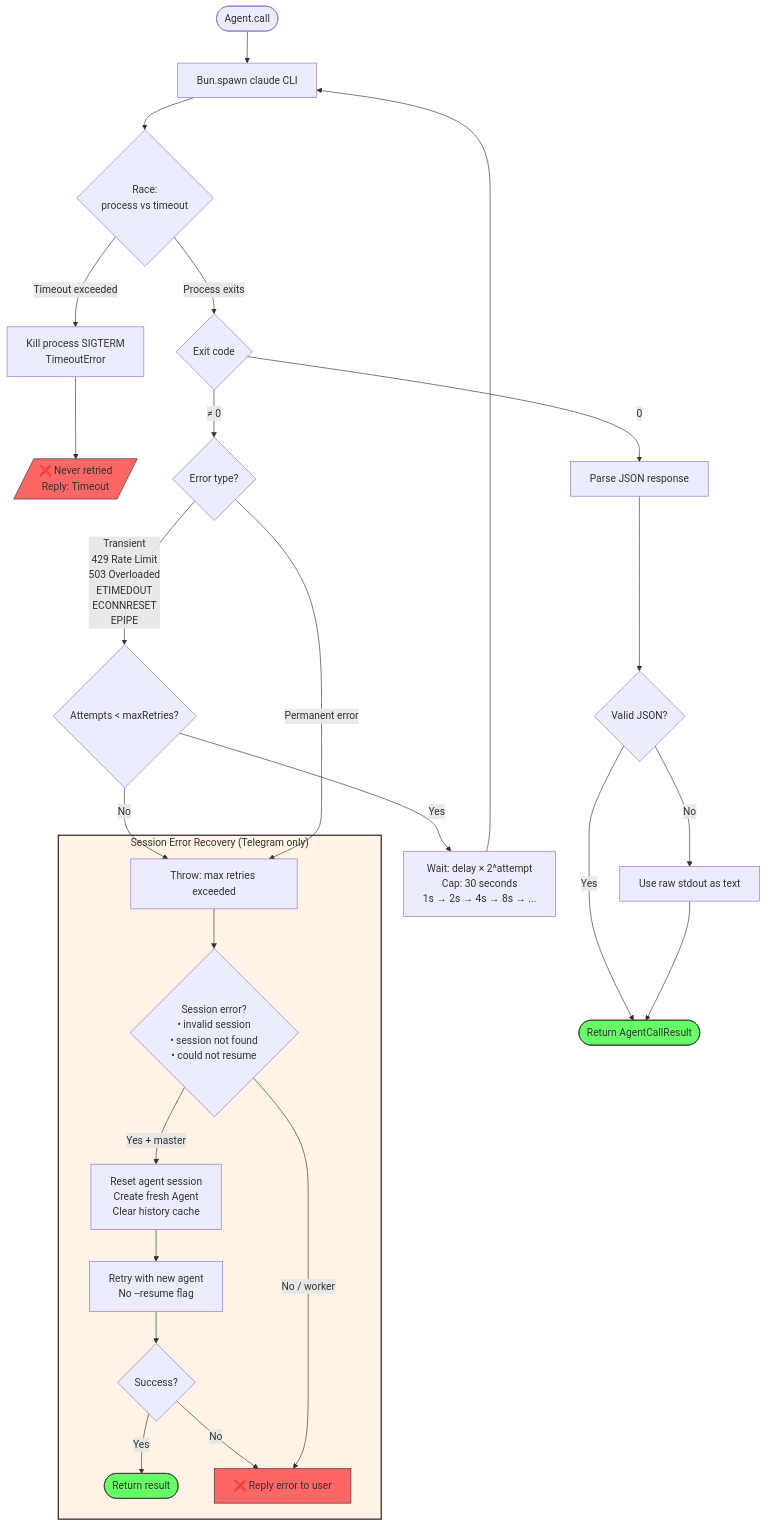
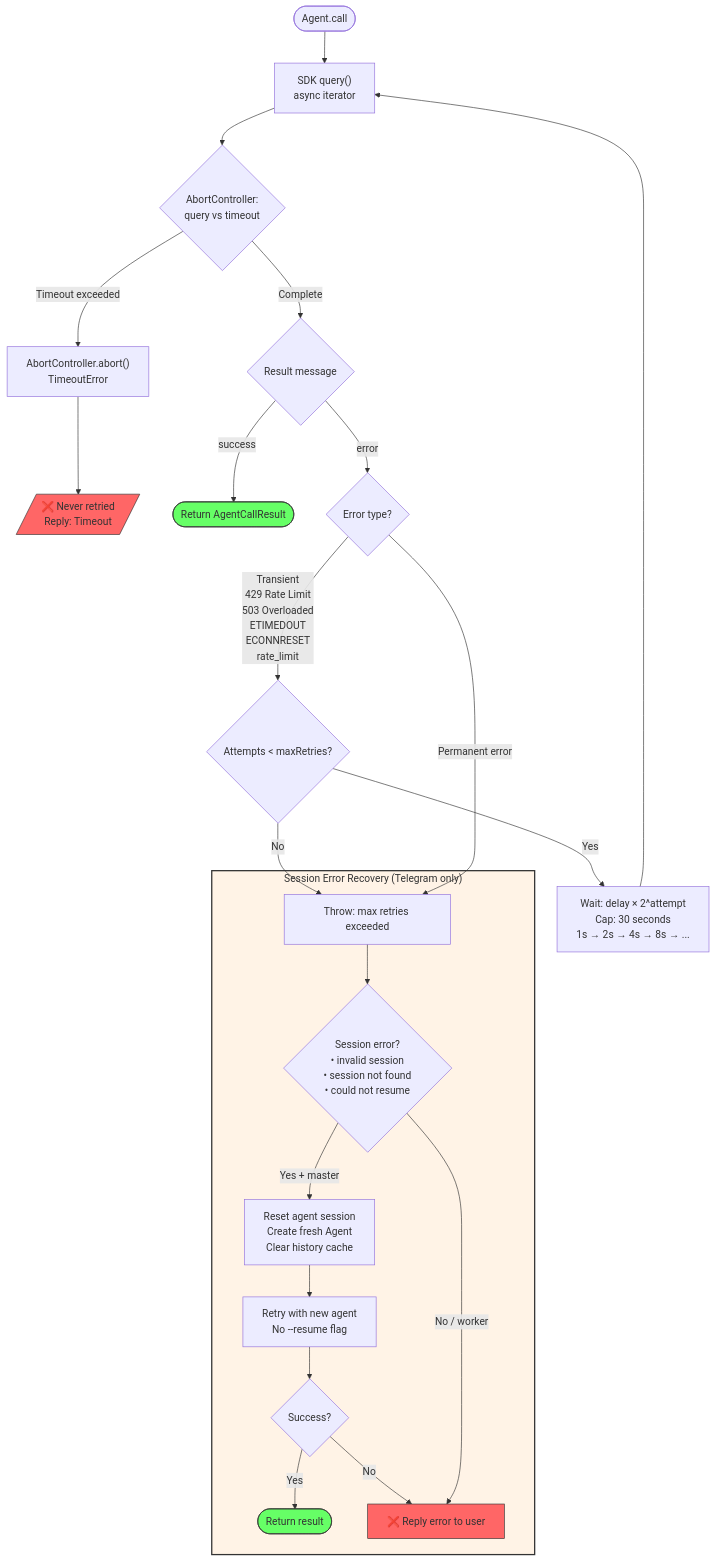
One commit to egeominotti/Synapse changed the eighth of 12 diagrams in docs/ARCHITECTURE.md. Above: the diagram before and after it, drawn with Mermaid. The commit also changed other lines of this file and 16 other files, not shown here.

First line of the commit message:
Refactor SDK integration: remove dead code, rename APIs, update deps

````diff
--- a/docs/ARCHITECTURE.md
+++ b/docs/ARCHITECTURE.md
@@ -435,46 +421,42 @@
 ```mermaid
 flowchart TD
-    CALL([Agent.call]) --> SPAWN[Bun.spawn claude CLI]
+    CALL([Agent.call]) --> QUERY_CALL["SDK query()<br/>async iterator"]
 
-    SPAWN --> RACE{"Race:<br/>process vs timeout"}
+    QUERY_CALL --> RACE{"AbortController:<br/>query vs timeout"}
 
-    RACE -->|Timeout exceeded| KILL["Kill process SIGTERM<br/>TimeoutError"]
+    RACE -->|Timeout exceeded| KILL["AbortController.abort()<br/>TimeoutError"]
     KILL --> NEVER_RETRY[/"❌ Never retried<br/>Reply: Timeout"/]
 
-    RACE -->|Process exits| EXIT{Exit code}
+    RACE -->|Complete| RESULT{Result message}
 
-    EXIT -->|0| PARSE[Parse JSON response]
-    PARSE --> CHECK_JSON{Valid JSON?}
-    CHECK_JSON -->|Yes| SUCCESS([Return AgentCallResult])
-    CHECK_JSON -->|No| FALLBACK[Use raw stdout as text]
-    FALLBACK --> SUCCESS
+    RESULT -->|success| SUCCESS([Return AgentCallResult])
 
-    EXIT -->|≠ 0| CLASSIFY{Error type?}
+    RESULT -->|error| CLASSIFY{Error type?}
 
-    CLASSIFY -->|"Transient<br/>429 Rate Limit<br/>503 Overloaded<br/>ETIMEDOUT<br/>ECONNRESET<br/>EPIPE"| RETRY_CHECK{Attempts < maxRetries?}
+    CLASSIFY -->|"Transient<br/>429 Rate Limit<br/>503 Overloaded<br/>ETIMEDOUT<br/>ECONNRESET<br/>rate_limit"| RETRY_CHECK{Attempts < maxRetries?}
 
     RETRY_CHECK -->|Yes| BACKOFF["Wait: delay × 2^attempt<br/>Cap: 30 seconds<br/>1s → 2s → 4s → 8s → ..."]
-    BACKOFF --> SPAWN
+    BACKOFF --> QUERY_CALL
 
     RETRY_CHECK -->|No| PERMANENT_FAIL[Throw: max retries exceeded]
 
     CLASSIFY -->|Permanent error| PERMANENT_FAIL
 
     subgraph SESSION_RECOVERY["Session Error Recovery (Telegram only)"]
         PERMANENT_FAIL --> IS_SESSION{Session error?<br/>• invalid session<br/>• session not found<br/>• could not resume}
 
         IS_SESSION -->|"Yes + master"| RESET["Reset agent session<br/>Create fresh Agent<br/>Clear history cache"]
         RESET --> RETRY_FRESH[Retry with new agent<br/>No --resume flag]
         RETRY_FRESH --> FRESH_OK{Success?}
         FRESH_OK -->|Yes| FRESH_SUCCESS([Return result])
         FRESH_OK -->|No| FINAL_ERROR
 
         IS_SESSION -->|No / worker| FINAL_ERROR["❌ Reply error to user"]
     end
 
     style NEVER_RETRY fill:#f66,stroke:#333
     style FINAL_ERROR fill:#f66,stroke:#333
     style SUCCESS fill:#6f6,stroke:#333
     style FRESH_SUCCESS fill:#6f6,stroke:#333
     style SESSION_RECOVERY fill:#fff3e6,stroke:#333,stroke-width:2px
 ```
````
